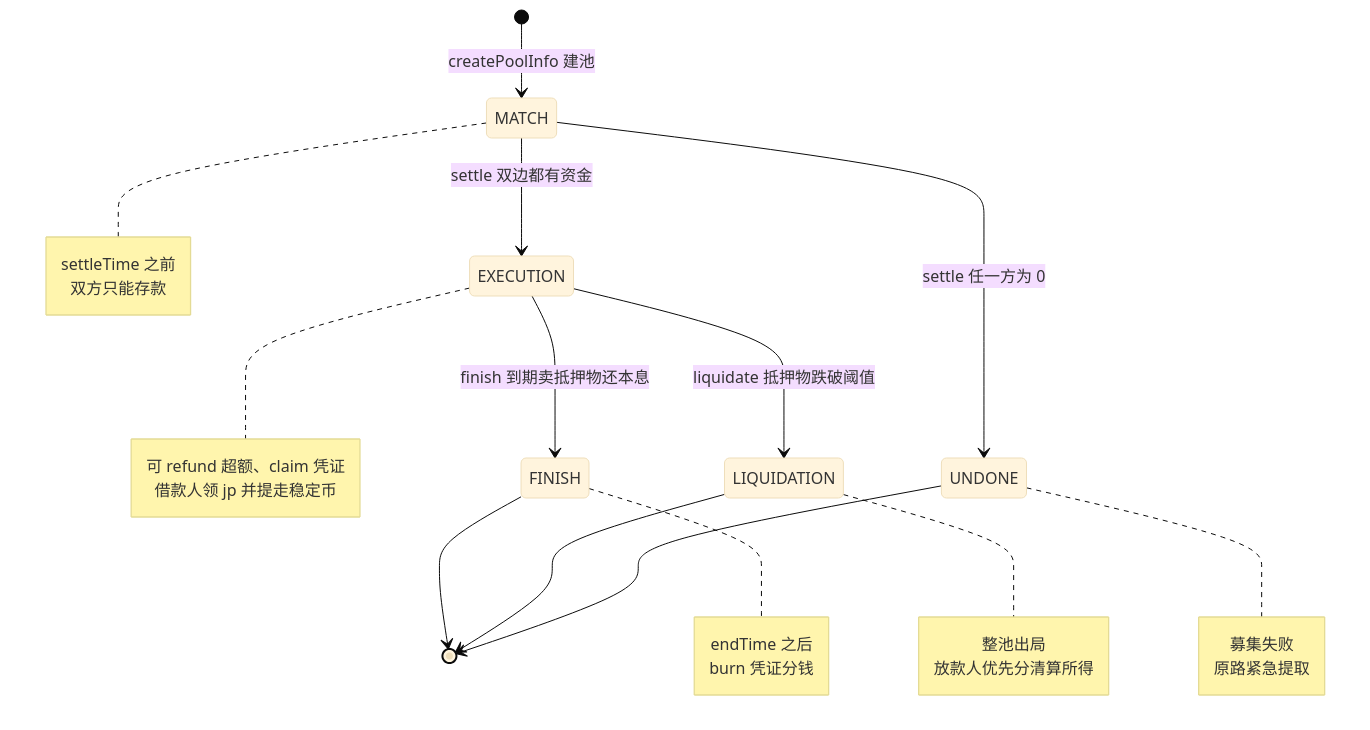
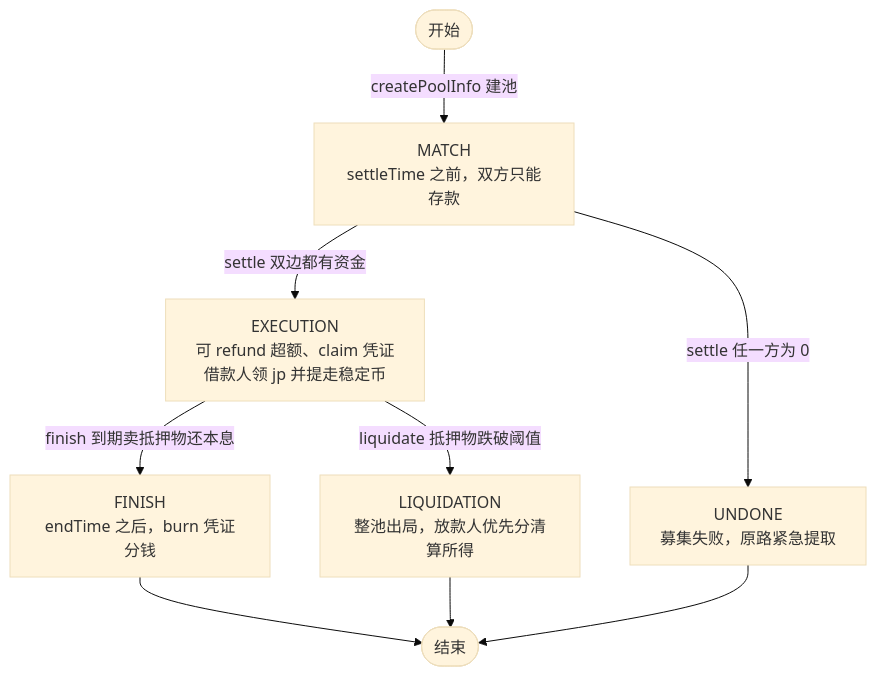
Before and after one commit to ustbmz/web3Homework: the second of 5 diagrams in Pledge项目拆解文档.md, drawn with Mermaid (base theme). The commit also changed 2 other files, not shown here.

Commit message:
brokedownProject md file update

````diff
--- a/Pledge项目拆解文档.md
+++ b/Pledge项目拆解文档.md
@@ -198,32 +198,11 @@
 ```mermaid
-stateDiagram-v2
-    [*] --> MATCH: createPoolInfo 建池
-    MATCH --> EXECUTION: settle 双边都有资金
-    MATCH --> UNDONE: settle 任一方为 0
-    EXECUTION --> FINISH: finish 到期卖抵押物还本息
-    EXECUTION --> LIQUIDATION: liquidate 抵押物跌破阈值
-    FINISH --> [*]
-    LIQUIDATION --> [*]
-    UNDONE --> [*]
-
-    note right of MATCH
-        settleTime 之前
-        双方只能存款
-    end note
-    note right of EXECUTION
-        可 refund 超额、claim 凭证
-        借款人领 jp 并提走稳定币
-    end note
-    note right of FINISH
-        endTime 之后
-        burn 凭证分钱
-    end note
-    note right of LIQUIDATION
-        整池出局
-        放款人优先分清算所得
-    end note
-    note right of UNDONE
-        募集失败
-        原路紧急提取
-    end note
+flowchart TD
+    startNode([开始]) -->|createPoolInfo 建池| matchNode["MATCH<br/>settleTime 之前，双方只能存款"]
+    matchNode -->|settle 双边都有资金| execNode["EXECUTION<br/>可 refund 超额、claim 凭证<br/>借款人领 jp 并提走稳定币"]
+    matchNode -->|settle 任一方为 0| undoneNode["UNDONE<br/>募集失败，原路紧急提取"]
+    execNode -->|finish 到期卖抵押物还本息| finishNode["FINISH<br/>endTime 之后，burn 凭证分钱"]
+    execNode -->|liquidate 抵押物跌破阈值| liqNode["LIQUIDATION<br/>整池出局，放款人优先分清算所得"]
+    finishNode --> endNode([结束])
+    liqNode --> endNode
+    undoneNode --> endNode
 ```
````
